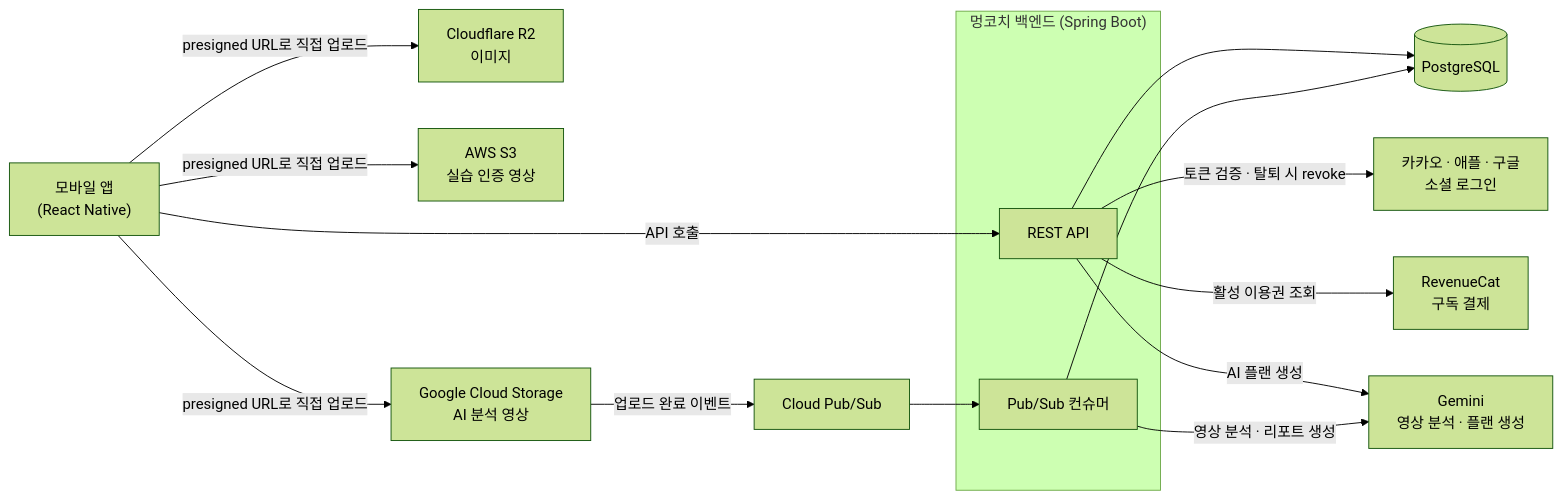
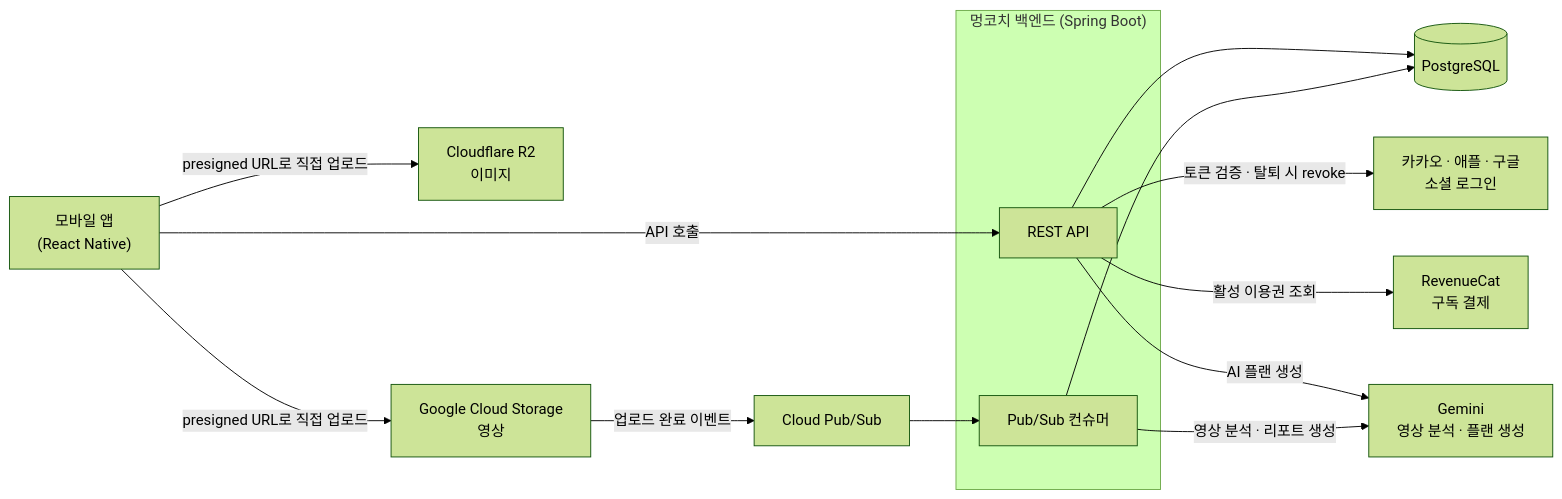
Before and after one commit to DaeSaBu/meongcoach-BE: the diagram in README.md, drawn with Mermaid (forest theme). The commit also changed other lines of this file and 4 other files, not shown here.

````diff
--- a/README.md
+++ b/README.md
@@ -23,31 +23,29 @@
 ```mermaid
 flowchart LR
     App["모바일 앱<br/>(React Native)"]
 
     subgraph Backend["멍코치 백엔드 (Spring Boot)"]
         API["REST API"]
         Consumer["Pub/Sub 컨슈머"]
     end
 
     DB[("PostgreSQL")]
     Social["카카오 · 애플 · 구글<br/>소셜 로그인"]
     RC["RevenueCat<br/>구독 결제"]
     Gemini["Gemini<br/>영상 분석 · 플랜 생성"]
     R2["Cloudflare R2<br/>이미지"]
-    S3["AWS S3<br/>실습 인증 영상"]
-    GCS["Google Cloud Storage<br/>AI 분석 영상"]
+    GCS["Google Cloud Storage<br/>영상"]
     PubSub["Cloud Pub/Sub"]
 
     App -->|"API 호출"| API
     App -->|"presigned URL로 직접 업로드"| R2
-    App -->|"presigned URL로 직접 업로드"| S3
     App -->|"presigned URL로 직접 업로드"| GCS
     API --> DB
     API -->|"토큰 검증 · 탈퇴 시 revoke"| Social
     API -->|"활성 이용권 조회"| RC
     API -->|"AI 플랜 생성"| Gemini
     GCS -->|"업로드 완료 이벤트"| PubSub
     PubSub --> Consumer
     Consumer -->|"영상 분석 · 리포트 생성"| Gemini
     Consumer --> DB
 ```
````
